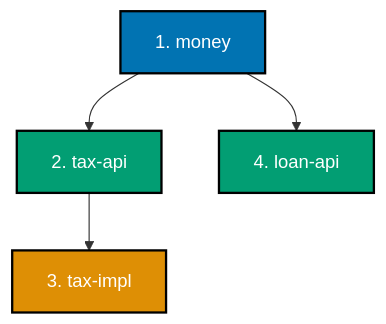
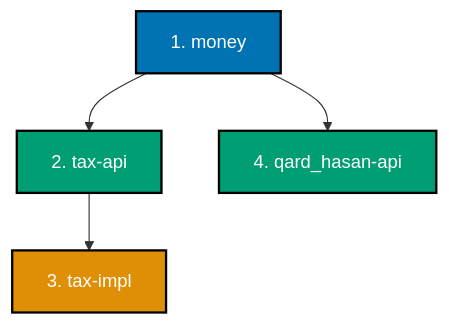
One commit to wahidyankf/open-sharia-enterprise changed the second of 2 diagrams in docs/explanation/software/stack-lang/java/ex-so-stla-ja__modules-and-dependencies.md. Above: the diagram before and after it, drawn with Mermaid. The commit also changed other lines of this file and 81 other files, not shown here.

````diff
--- a/docs/explanation/software/stack-lang/java/ex-so-stla-ja__modules-and-dependencies.md
+++ b/docs/explanation/software/stack-lang/java/ex-so-stla-ja__modules-and-dependencies.md
@@ -1182,18 +1182,18 @@
 ```mermaid
 %% Color Palette: Blue #0173B2, Orange #DE8F05, Teal #029E73, Purple #CC78BC
 %% All colors are color-blind friendly and meet WCAG AA contrast standards
 
 graph TD
     A[1. money]:::blue
     B[2. tax-api]:::teal
     C[3. tax-impl]:::orange
-    D[4. loan-api]:::teal
+    D[4. qard_hasan-api]:::teal
 
     A --> B
     A --> D
     B --> C
 
     classDef blue fill:#0173B2,stroke:#000000,color:#FFFFFF,stroke-width:2px
     classDef teal fill:#029E73,stroke:#000000,color:#FFFFFF,stroke-width:2px
     classDef orange fill:#DE8F05,stroke:#000000,color:#FFFFFF,stroke-width:2px
 ```
````
